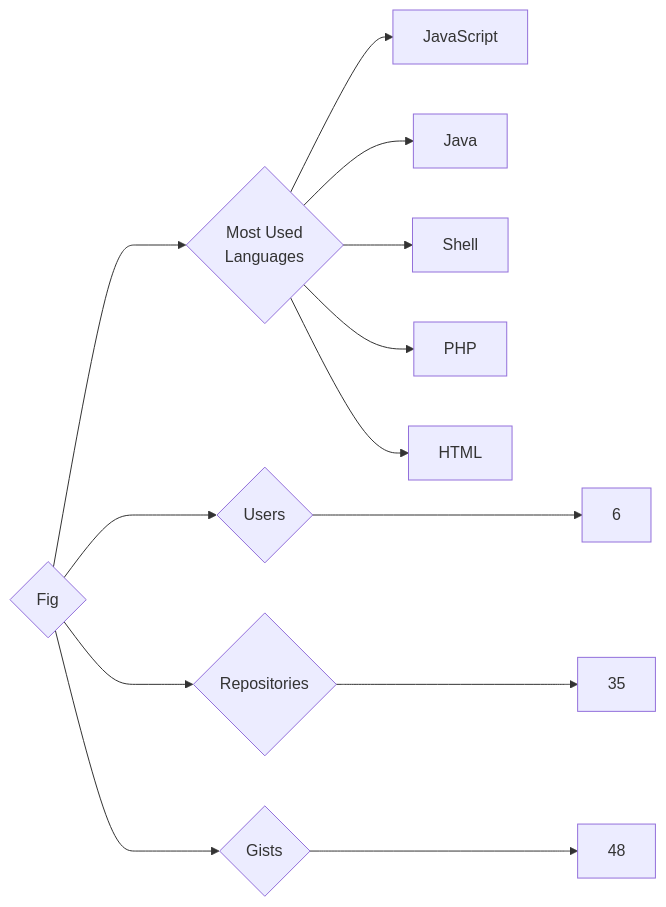
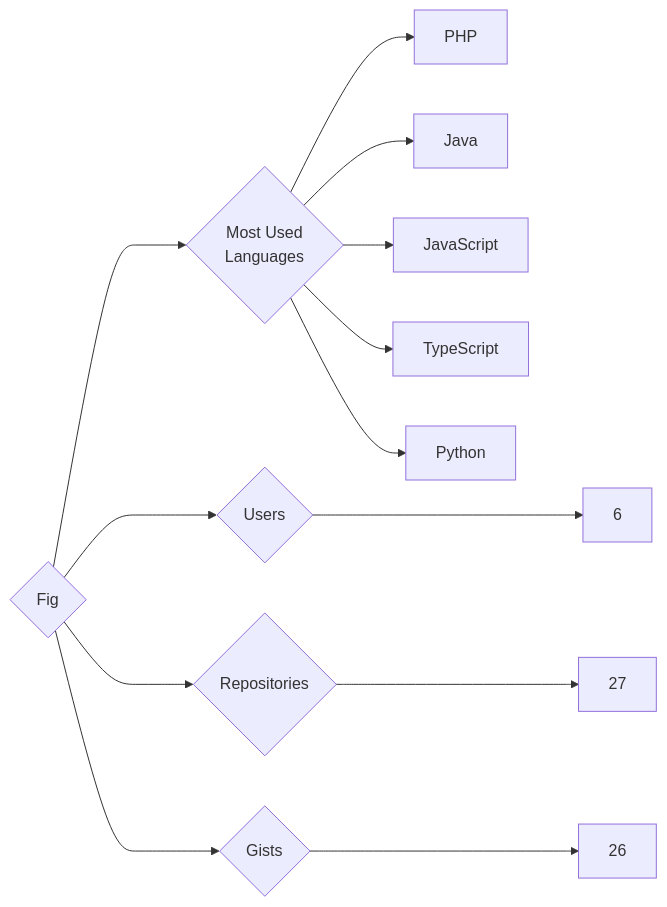
Before and after one commit to trickest/insiders: the diagram in targets/Fig/README.md, drawn with Mermaid. The commit also changed 1078 other files, not shown here.

````diff
--- a/targets/Fig/README.md
+++ b/targets/Fig/README.md
@@ -3,13 +3,13 @@
 ```mermaid
 graph LR
 COMPANY_NAME{Fig}
 COMPANY_NAME ---> U{Users} ---> UN[6]
-COMPANY_NAME ---> R{Repositories} ---> RN[35]
-COMPANY_NAME ---> G{Gists} ---> GN[48]
+COMPANY_NAME ---> R{Repositories} ---> RN[27]
+COMPANY_NAME ---> G{Gists} ---> GN[26]
 COMPANY_NAME ---> ML{Most Used<br>Languages}
+ML --> PHP[PHP]
+ML --> Java[Java]
 ML --> JavaScript[JavaScript]
-ML --> Java[Java]
-ML --> Shell[Shell]
-ML --> PHP[PHP]
-ML --> HTML[HTML]
+ML --> TypeScript[TypeScript]
+ML --> Python[Python]
 ```
````
